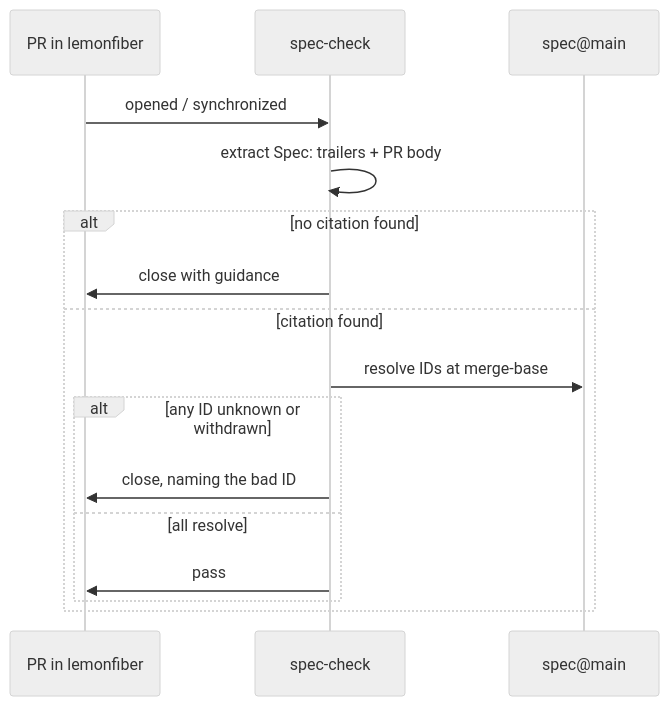
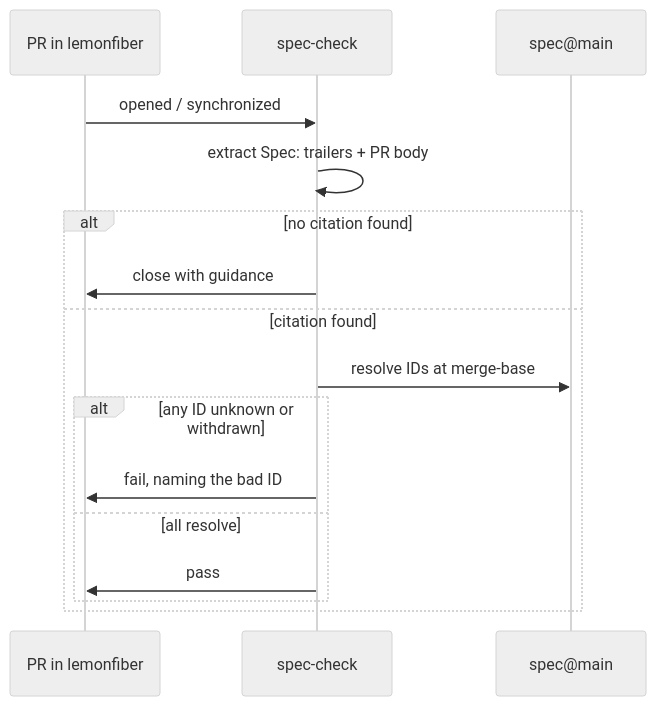
One commit to lemonfiber/spec changed the diagram in 50-governance/cross-repo-ci.md. Above: the diagram before and after it, drawn with Mermaid (neutral theme). The commit also changed other lines of this file and 4 other files, not shown here.

````diff
--- a/50-governance/cross-repo-ci.md
+++ b/50-governance/cross-repo-ci.md
@@ -17,19 +17,19 @@
 ```mermaid
 sequenceDiagram
     participant PR as PR in lemonfiber
     participant Bot as spec-check
     participant Spec as spec@main
 
     PR->>Bot: opened / synchronized
     Bot->>Bot: extract Spec: trailers + PR body
     alt no citation found
         Bot->>PR: close with guidance
     else citation found
         Bot->>Spec: resolve IDs at merge-base
         alt any ID unknown or withdrawn
-            Bot->>PR: close, naming the bad ID
+            Bot->>PR: fail, naming the bad ID
         else all resolve
             Bot->>PR: pass
         end
     end
 ```
````
